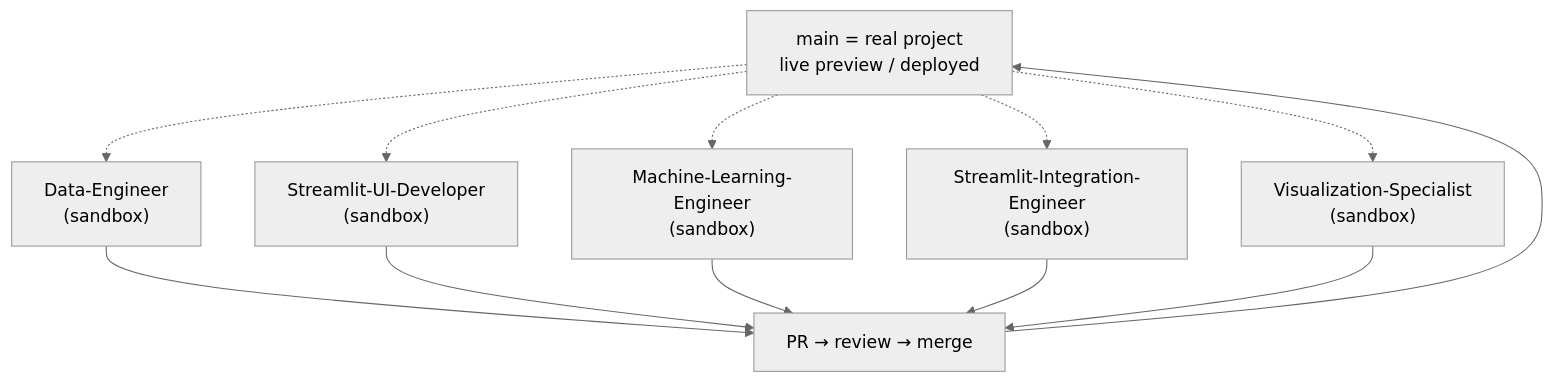
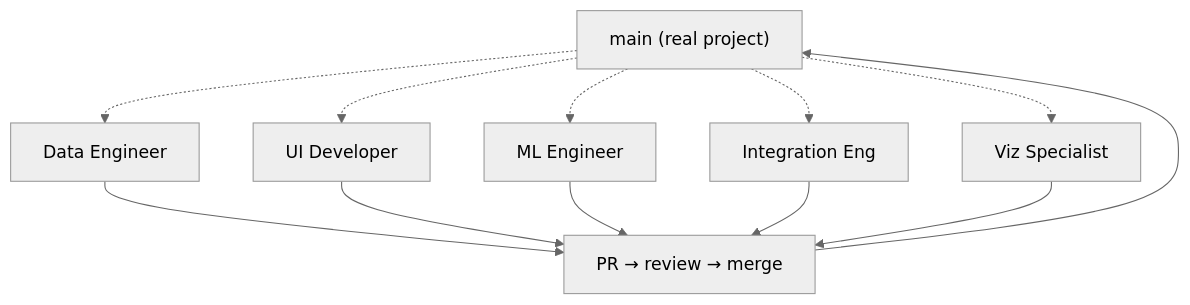
Before and after one commit to Bunleang-Ea/Inflation-Risk-Forecasting: the diagram in README.md, drawn with Mermaid (neutral theme). The commit also changed other lines of this file, not shown here.

Commit message:
docs: shorten diagram node labels to fit boxes; add branch name map

````diff
--- a/README.md
+++ b/README.md
@@ -15,24 +15,24 @@
 ```mermaid
 graph TD
-    Main["main = real project<br/>live preview / deployed"]
-    DE["Data-Engineer<br/>(sandbox)"]
-    UI["Streamlit-UI-Developer<br/>(sandbox)"]
-    ML["Machine-Learning-Engineer<br/>(sandbox)"]
-    IN["Streamlit-Integration-Engineer<br/>(sandbox)"]
-    VS["Visualization-Specialist<br/>(sandbox)"]
+    Main["main (real project)"]
+    DE["Data Engineer"]
+    UI["UI Developer"]
+    ML["ML Engineer"]
+    IN["Integration Eng"]
+    VS["Viz Specialist"]
     PR["PR → review → merge"]
 
     Main -.-> DE
     Main -.-> UI
     Main -.-> ML
     Main -.-> IN
     Main -.-> VS
 
     DE --> PR
     UI --> PR
     ML --> PR
     IN --> PR
     VS --> PR
 
     PR --> Main
 ```
````
